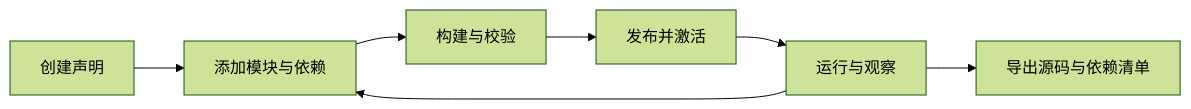
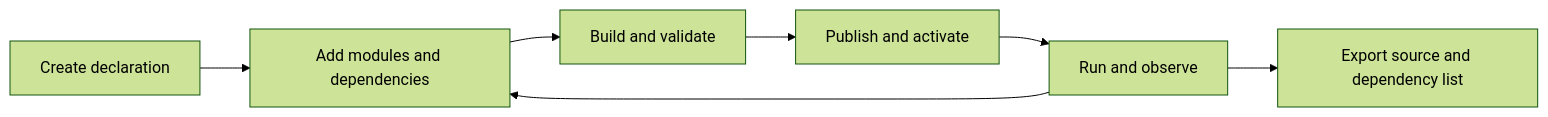
One commit to None9527/NofyAgents changed the diagram in README.md. Above: the diagram before and after it, drawn with Mermaid (forest theme). The commit also changed other lines of this file and 4 other files, not shown here.

````diff
--- a/README.md
+++ b/README.md
@@ -50,9 +50,9 @@
 ```mermaid
 flowchart LR
-  A[创建声明] --> B[添加模块与依赖]
-  B --> C[构建与校验]
-  C --> D[发布并激活]
-  D --> E[运行与观察]
+  A[Create declaration] --> B[Add modules and dependencies]
+  B --> C[Build and validate]
+  C --> D[Publish and activate]
+  D --> E[Run and observe]
   E --> B
-  E --> F[导出源码与依赖清单]
+  E --> F[Export source and dependency list]
 ```
````
